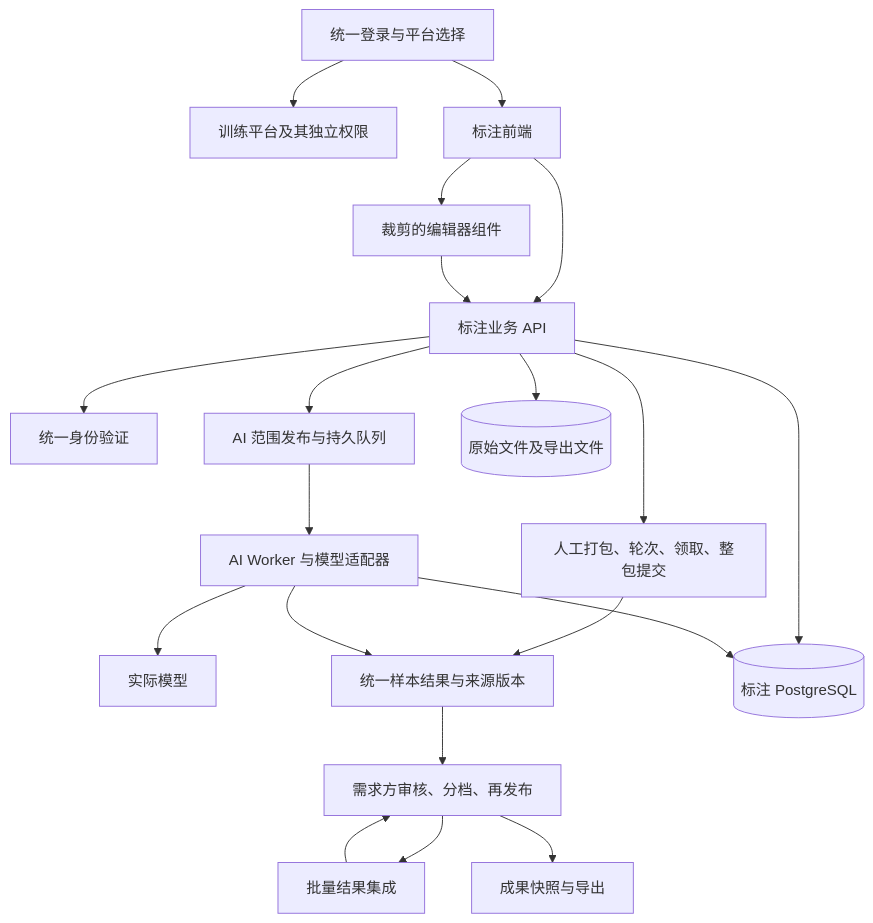
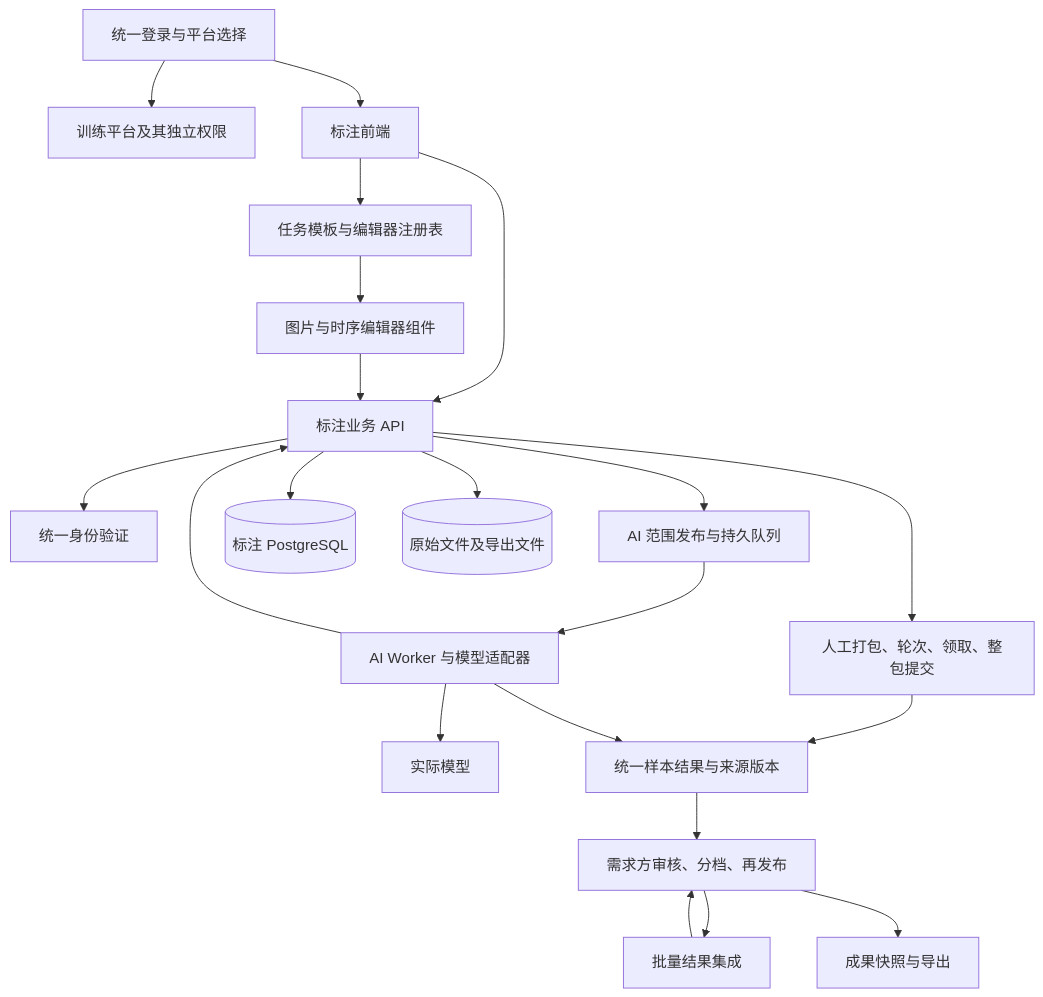
The diagram in docs/labeling-v1.1/02-architecture.md (tssai-lab/tss-data-labeling), drawn with Mermaid before and after one commit. The commit also changed other lines of this file and 8 other files, not shown here.

````diff
--- a/docs/labeling-v1.1/02-architecture.md
+++ b/docs/labeling-v1.1/02-architecture.md
@@ -9,22 +9,23 @@
 ```mermaid
 flowchart TB
     U[统一登录与平台选择] --> T[训练平台及其独立权限]
     U --> F[标注前端]
-    F --> E[裁剪的编辑器组件]
+    F --> K[任务模板与编辑器注册表]
+    K --> E[图片与时序编辑器组件]
     F --> B[标注业务 API]
     E --> B
     B --> I[统一身份验证]
     B --> P[人工打包、轮次、领取、整包提交]
     B --> A[AI 范围发布与持久队列]
     A --> W[AI Worker 与模型适配器]
     W --> M[实际模型]
     P --> R[统一样本结果与来源版本]
     W --> R
     R --> V[需求方审核、分档、再发布]
     V --> G[批量结果集成]
     G --> V
     V --> X[成果快照与导出]
     B --> DB[(标注 PostgreSQL)]
-    W --> DB
+    W --> B
     B --> S[(原始文件及导出文件)]
 ```
````
